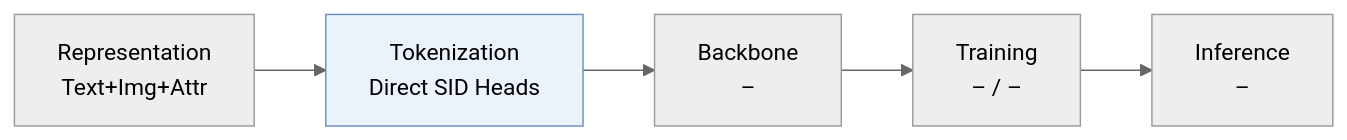
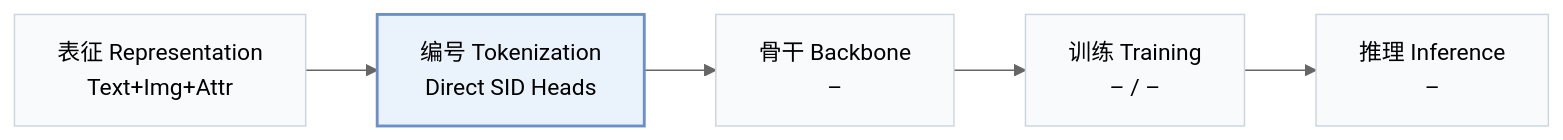
The first of 2 diagrams in pages/zh/papers/unisid.md (Galaxy-ghost/Awesome-SID-Generative-Rec), drawn with Mermaid (neutral theme) before and after one commit. The commit also changed other lines of this file and 649 other files, not shown here.

Commit message:
writer-05: also tags and modality index (schema, check, build, visuals); summary field removed; calibration data for 12 papers

````diff
--- a/pages/zh/papers/unisid.md
+++ b/pages/zh/papers/unisid.md
@@ -13,6 +15,8 @@
 ```mermaid
 flowchart LR
-    R["Representation<br/>Text+Img+Attr"] --> T["Tokenization<br/>Direct SID Heads"] --> B["Backbone<br/>–"] --> TR["Training<br/>– / –"] --> I["Inference<br/>–"]
-    classDef main fill:#eaf2fb,stroke:#6b8fc7
+    R["表征 Representation<br/>Text+Img+Attr"] --> T["编号 Tokenization<br/>Direct SID Heads"] --> B["骨干 Backbone<br/>–"] --> TR["训练 Training<br/>– / –"] --> I["推理 Inference<br/>–"]
+    classDef base fill:#f8fafc,stroke:#cbd5e1
+    class R,T,B,TR,I base
+    classDef main fill:#eaf2fb,stroke:#6b8fc7,stroke-width:2px
     class T main
 ```
````
